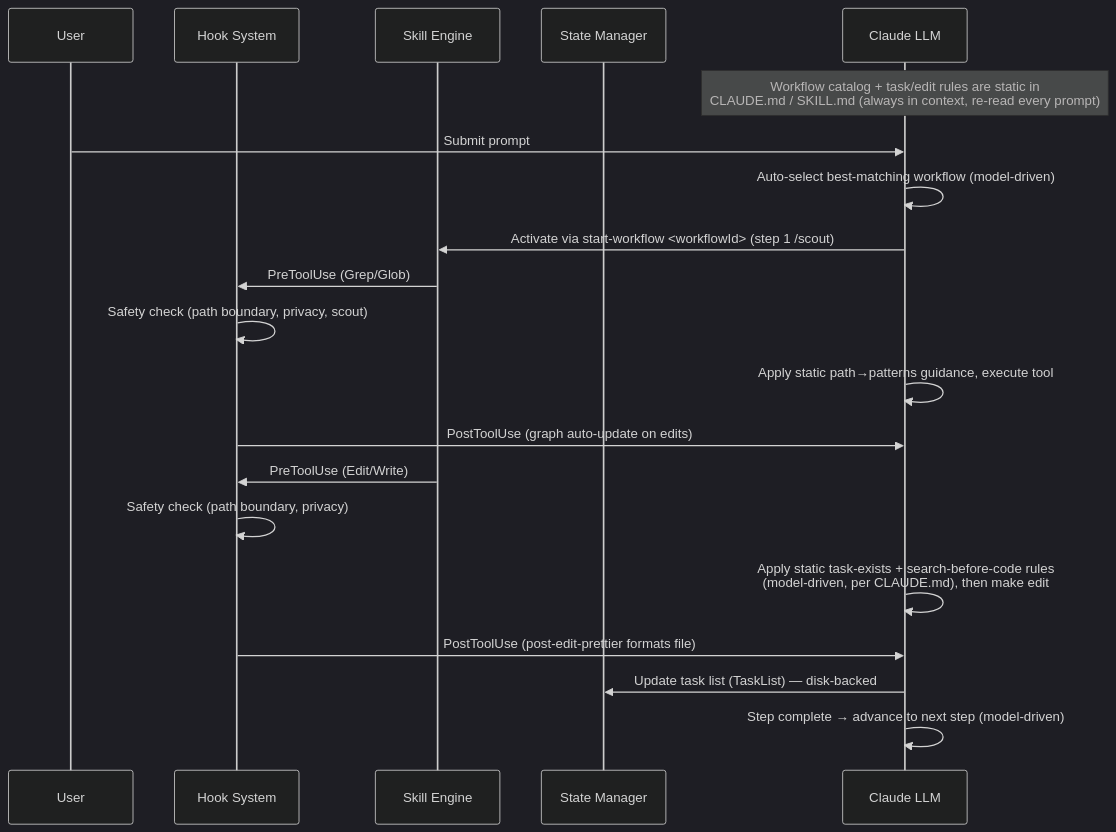
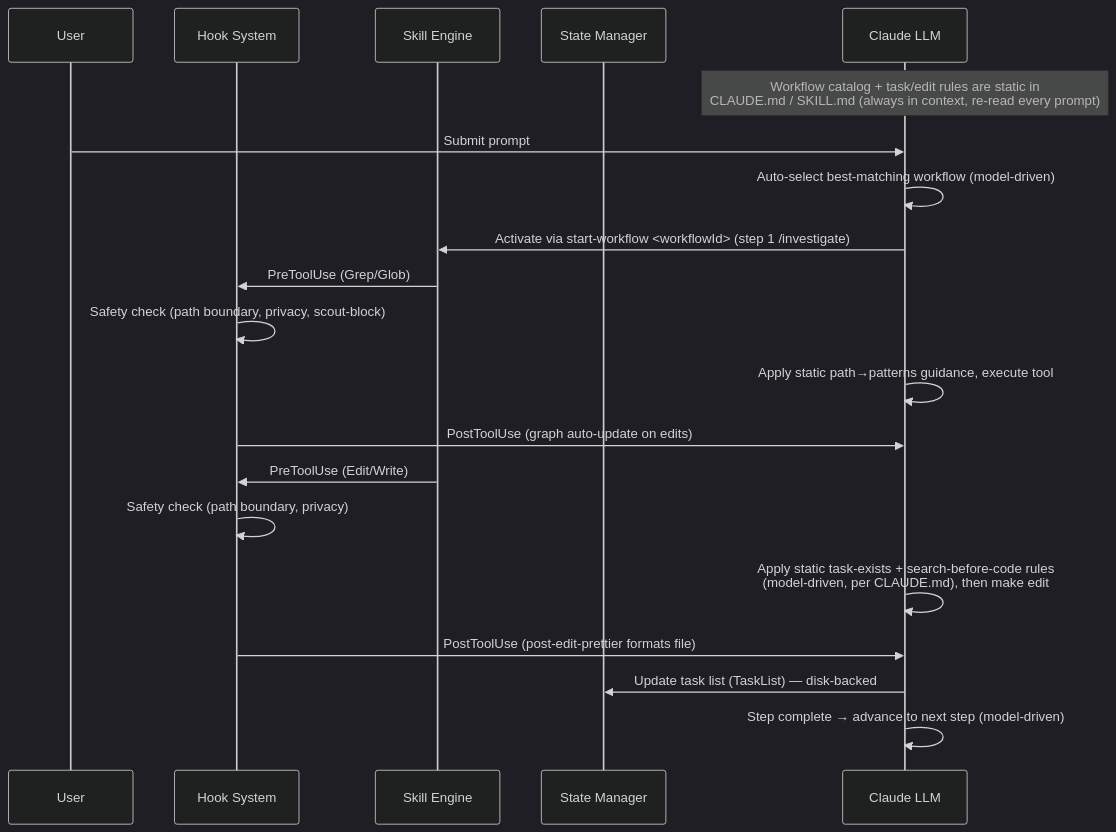
The second of 20 diagrams in .claude/docs/claude-ai-agent-framework-guide.md (duc01226/easy-claude), drawn with Mermaid (dark theme) before and after one commit. The commit also changed other lines of this file and 517 other files, not shown here.

````diff
--- a/.claude/docs/claude-ai-agent-framework-guide.md
+++ b/.claude/docs/claude-ai-agent-framework-guide.md
@@ -160,25 +160,25 @@
 ```mermaid
 sequenceDiagram
     participant User
     participant Hook as Hook System
     participant Skill as Skill Engine
     participant State as State Manager
     participant LLM as Claude LLM
 
     Note over LLM: Workflow catalog + task/edit rules are static in<br/>CLAUDE.md / SKILL.md (always in context, re-read every prompt)
     User->>LLM: Submit prompt
     LLM->>LLM: Auto-select best-matching workflow (model-driven)
-    LLM->>Skill: Activate via start-workflow <workflowId> (step 1 /scout)
+    LLM->>Skill: Activate via start-workflow <workflowId> (step 1 /investigate)
     Skill->>Hook: PreToolUse (Grep/Glob)
-    Hook->>Hook: Safety check (path boundary, privacy, scout)
+    Hook->>Hook: Safety check (path boundary, privacy, scout-block)
     LLM->>LLM: Apply static path→patterns guidance, execute tool
     Hook->>LLM: PostToolUse (graph auto-update on edits)
 
     Skill->>Hook: PreToolUse (Edit/Write)
     Hook->>Hook: Safety check (path boundary, privacy)
     LLM->>LLM: Apply static task-exists + search-before-code rules<br/>(model-driven, per CLAUDE.md), then make edit
     Hook->>LLM: PostToolUse (post-edit-prettier formats file)
 
     LLM->>State: Update task list (TaskList) — disk-backed
     LLM->>LLM: Step complete → advance to next step (model-driven)
 ```
````
